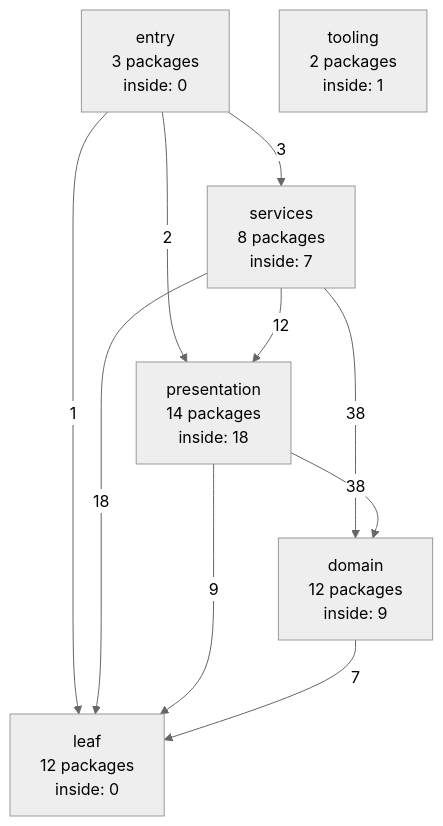
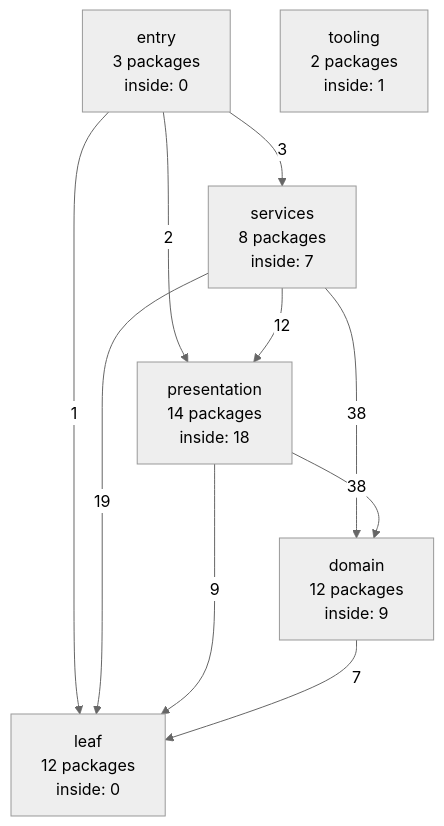
Before and after one commit to ladydascalie/dm: the diagram in docs/internals/generated/package-graph.md, drawn with Mermaid (neutral theme). The commit also changed other lines of this file and 1 other file, not shown here.

````diff
--- a/docs/internals/generated/package-graph.md
+++ b/docs/internals/generated/package-graph.md
@@ -58,18 +58,18 @@
 ```mermaid
 flowchart TD
   entry["entry<br/>3 packages<br/>inside: 0"]
   services["services<br/>8 packages<br/>inside: 7"]
   presentation["presentation<br/>14 packages<br/>inside: 18"]
   domain["domain<br/>12 packages<br/>inside: 9"]
   leaf["leaf<br/>12 packages<br/>inside: 0"]
   tooling["tooling<br/>2 packages<br/>inside: 1"]
   entry -->|3| services
   entry -->|2| presentation
   entry -->|1| leaf
   services -->|12| presentation
   services -->|38| domain
-  services -->|18| leaf
+  services -->|19| leaf
   presentation -->|38| domain
   presentation -->|9| leaf
   domain -->|7| leaf
 ```
````
